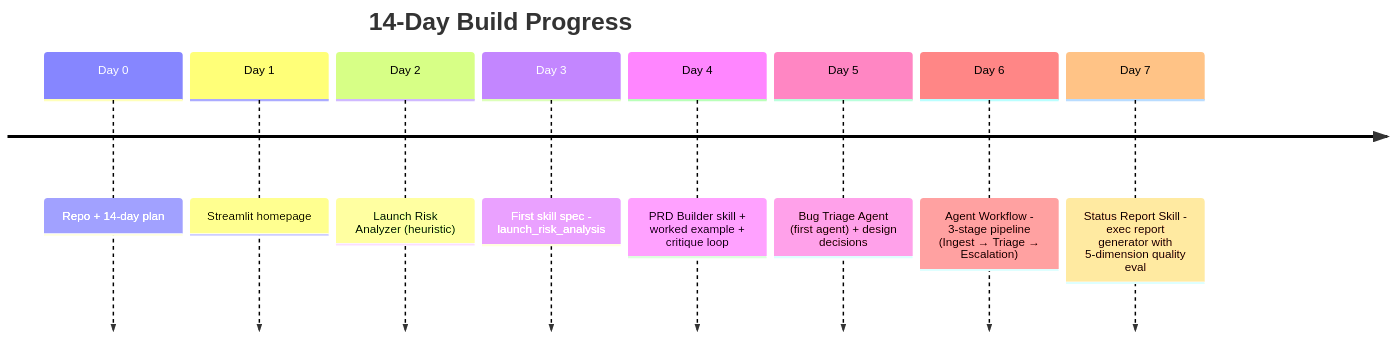
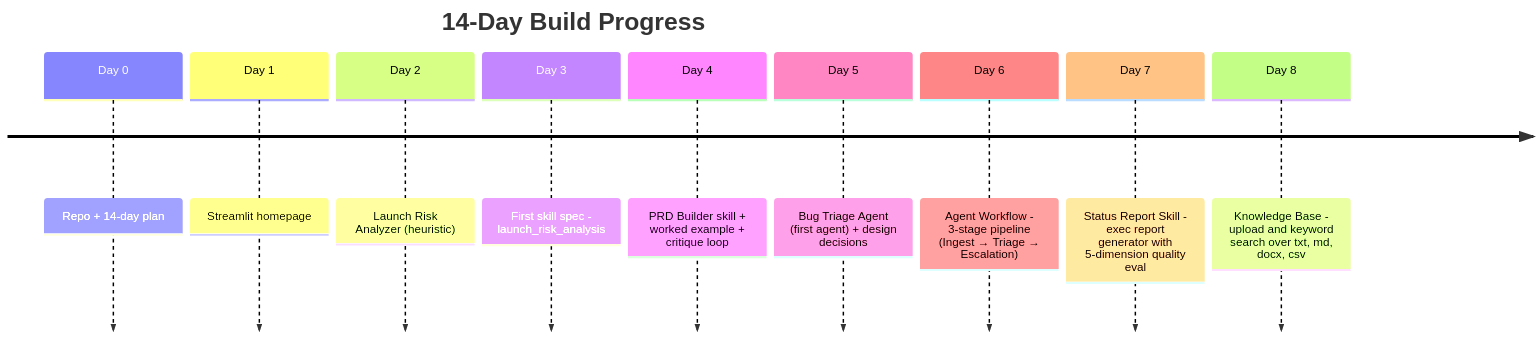
The first of 2 diagrams in README.md (shwsingh/pm-tpm-ai-tools), drawn with Mermaid before and after one commit. The commit also changed other lines of this file and 4 other files, not shown here.

First line of the commit message:
Day 8 - Knowledge Base with RAG skeleton (txt, md, docx, csv)

````diff
--- a/README.md
+++ b/README.md
@@ -84,12 +84,13 @@
 ```mermaid
 timeline
     title 14-Day Build Progress
     Day 0  : Repo + 14-day plan
     Day 1  : Streamlit homepage
     Day 2  : Launch Risk Analyzer (heuristic)
     Day 3  : First skill spec - launch_risk_analysis
     Day 4  : PRD Builder skill + worked example + critique loop
     Day 5  : Bug Triage Agent (first agent) + design decisions
     Day 6  : Agent Workflow - 3-stage pipeline (Ingest → Triage → Escalation)
     Day 7  : Status Report Skill - exec report generator with 5-dimension quality eval
+    Day 8  : Knowledge Base - upload and keyword search over txt, md, docx, csv
 ```
````
